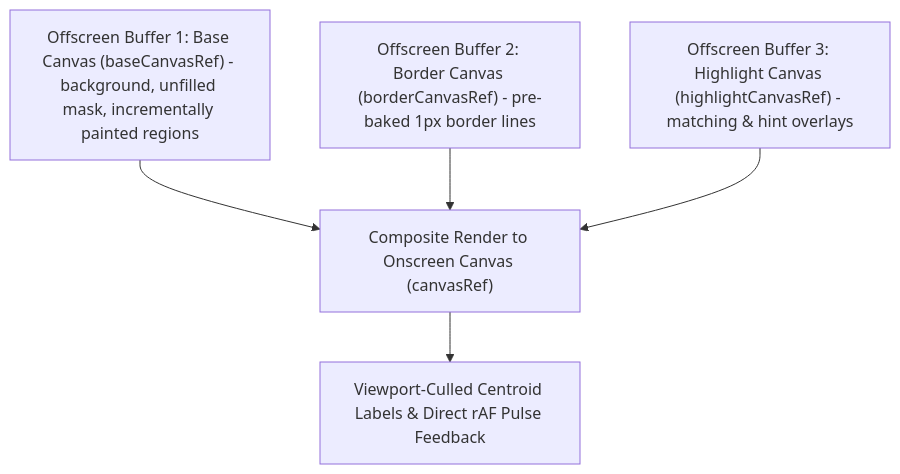
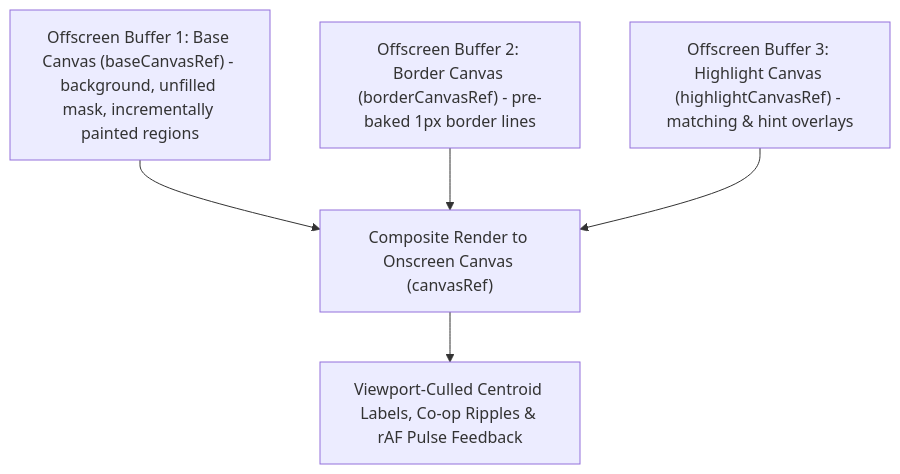
One commit to shthed/capy changed the second of 3 diagrams in WEB.md. Above: the diagram before and after it, drawn with Mermaid. The commit also changed other lines of this file and 11 other files, not shown here.

````diff
--- a/WEB.md
+++ b/WEB.md
@@ -161,7 +170,7 @@
 ```mermaid
 flowchart TD
   Base["Offscreen Buffer 1: Base Canvas (baseCanvasRef) - background, unfilled mask, incrementally painted regions"] --> Composite["Composite Render to Onscreen Canvas (canvasRef)"]
   Border["Offscreen Buffer 2: Border Canvas (borderCanvasRef) - pre-baked 1px border lines"] --> Composite
   Highlight["Offscreen Buffer 3: Highlight Canvas (highlightCanvasRef) - matching & hint overlays"] --> Composite
-  Composite --> Labels["Viewport-Culled Centroid Labels & Direct rAF Pulse Feedback"]
+  Composite --> Labels["Viewport-Culled Centroid Labels, Co-op Ripples & rAF Pulse Feedback"]
 ```
````
